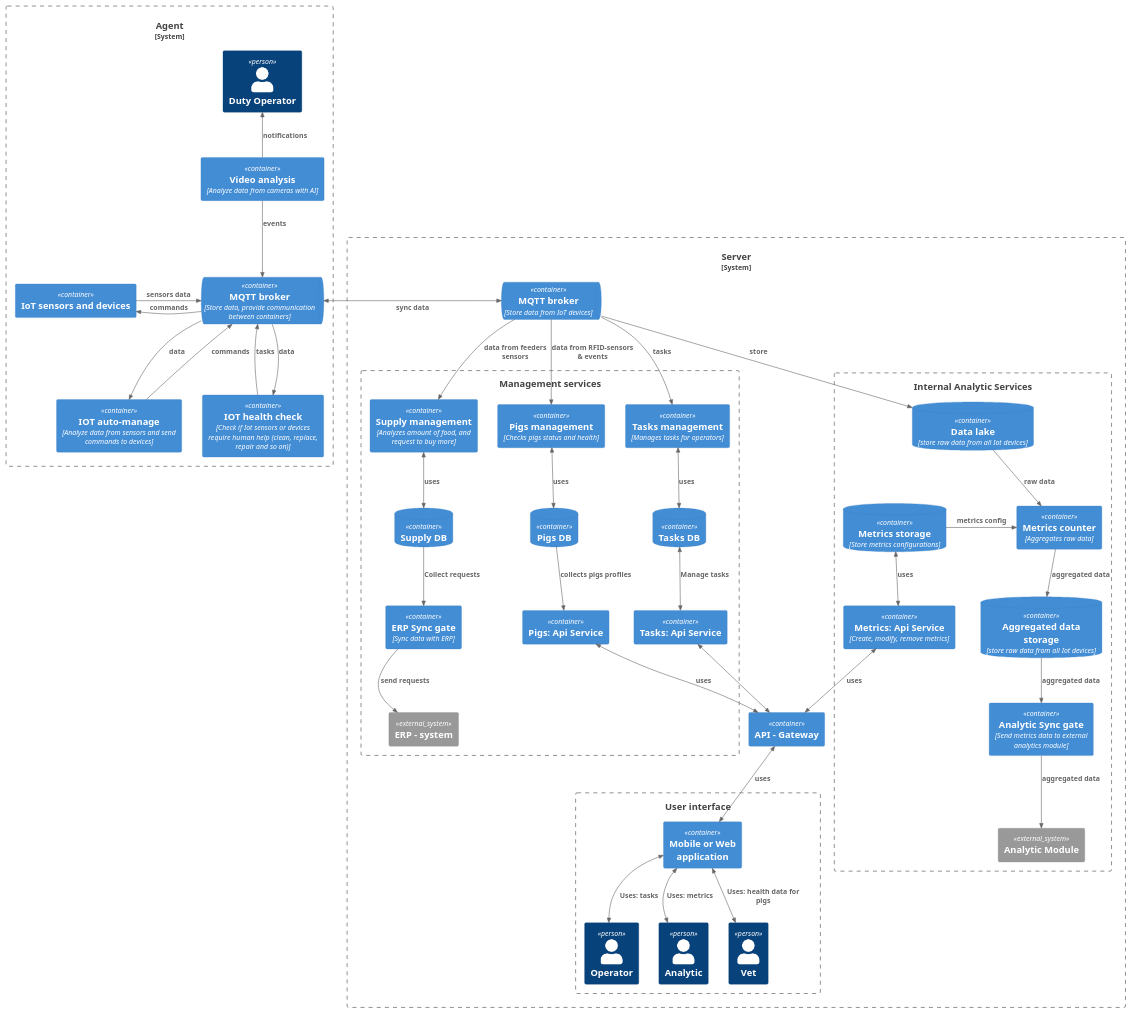
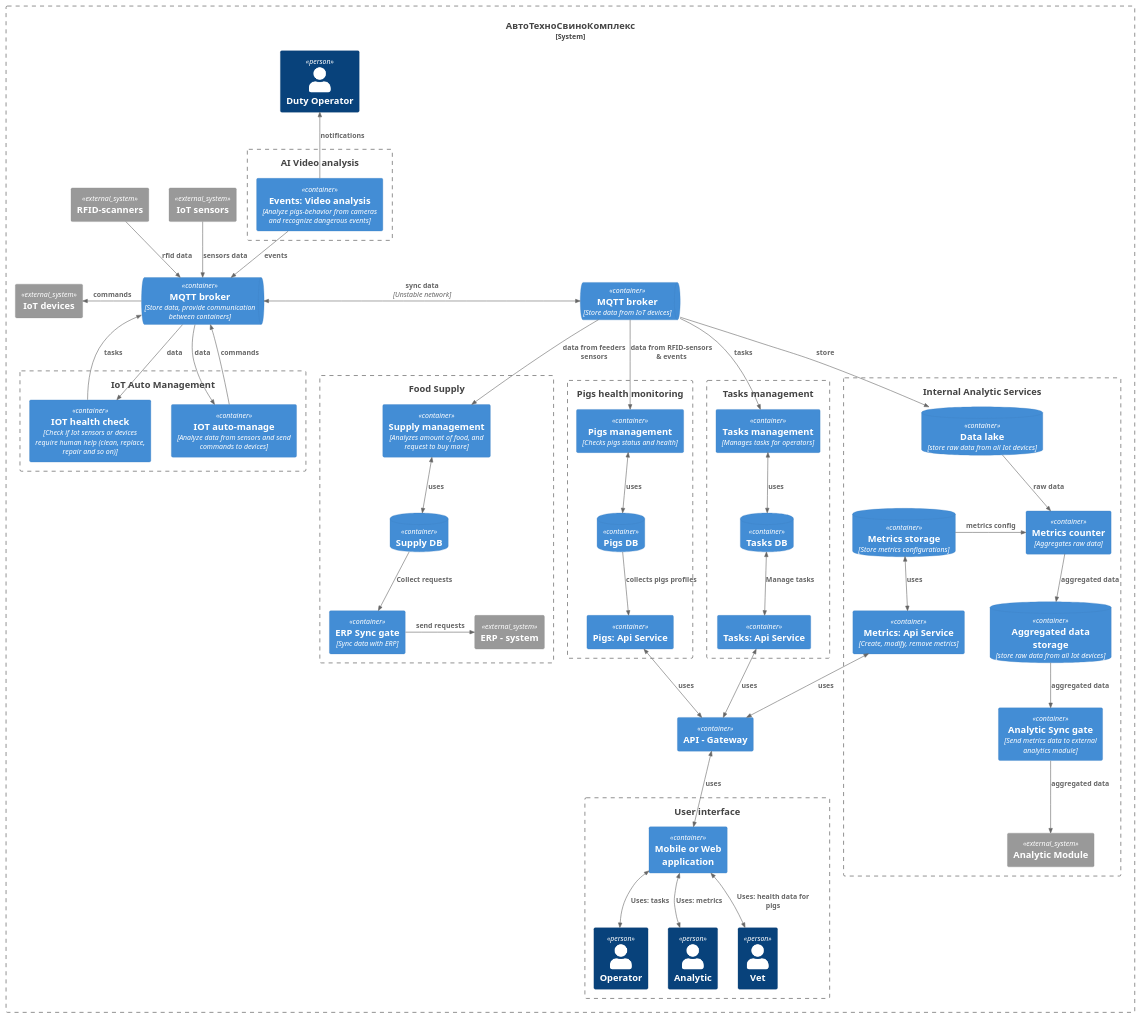
The diagram in Task2/ATCK_C4_Containers.puml (mirray/MSA-AgroTech), drawn with PlantUML before and after one commit. The commit also changed 1 other file, not shown here.

```diff
--- a/Task2/ATCK_C4_Containers.puml
+++ b/Task2/ATCK_C4_Containers.puml
@@ -1,91 +1,88 @@
 @startuml Архитектура_АвтоТехноСвиноКомплекс_v1
 !include <C4/C4_Container>
 
-System_Boundary(atck_agent, "Agent "){
+System_Boundary(atck, "АвтоТехноСвиноКомплекс "){
     Person(duty_operator, "Duty Operator")
     ContainerQueue(data_hub, "MQTT broker", "Store data, provide communication between containers")
-    Container(video, "Video analysis", "Analyze data from cameras with AI")
-    Rel(video, data_hub, "events")
-    Rel_U(video, duty_operator, "notifications")
-    
-    Container(iot, "IoT sensors and devices")
-    Rel_R(iot, data_hub, "sensors data")
-    Rel_L(data_hub, iot, "commands")
-    Container(iot_auto_management, "IOT auto-manage", "Analyze data from sensors and send commands to devices")
-    Rel(iot_auto_management, data_hub, "commands")
-    Rel(data_hub, iot_auto_management, "data")
-    Container(iot_health_check, "IOT health check", "Check if Iot sensors or devices require human help (clean, replace, repair and so on)")
-    Rel_U(iot_health_check, data_hub, "tasks")
-    Rel(data_hub, iot_health_check, "data")
-}
+    Boundary(video_b, "AI Video analysis"){
+        Container(video, "Events: Video analysis", "Analyze pigs-behavior from cameras and recognize dangerous events")
+        Rel(video, data_hub, "events")
+        Rel_U(video, duty_operator, "notifications")
+    }
+    Boundary(iot_b, "IoT Auto Management"){
+         Container(iot_auto_management, "IOT auto-manage", "Analyze data from sensors and send commands to devices")
+         Rel(iot_auto_management, data_hub, "commands")
+         Rel(data_hub, iot_auto_management, "data")
+         Container(iot_health_check, "IOT health check", "Check if Iot sensors or devices require human help (clean, replace, repair and so on)")
+         Rel_U(iot_health_check, data_hub, "tasks")
+         Rel(data_hub, iot_health_check, "data")
+    }
+    System_Ext(iot_sensors, "IoT sensors")
+    System_Ext(iot_devices, "IoT devices")
+    System_Ext(rfid_scanners, "RFID-scanners")
+    Rel_D(iot_sensors, data_hub, "sensors data")
+    Rel_D(rfid_scanners, data_hub, "rfid data")
+    Rel_L(data_hub, iot_devices, "commands")
 
-System_Boundary(atck_server, "Server"){
     ContainerQueue(data_hub_server, "MQTT broker", "Store data from IoT devices")
-    BiRel_R(data_hub, data_hub_server, "sync data")
-   
-    Boundary(internal_services, "Management services"){
+    BiRel_R(data_hub, data_hub_server, "sync data", "Unstable network")
+    Boundary(b_supply, "Food Supply"){
         Container(supply, "Supply management", "Analyzes amount of food, and request to buy more")
         Rel_D(data_hub_server, supply, "data from feeders sensors")
         ContainerDb(supply_db, "Supply DB")
         BiRel_D(supply, supply_db, "uses")
+        Container(erp_sync, "ERP Sync gate", "Sync data with ERP")
+        Rel_D(supply_db, erp_sync, "Collect requests")  
+        System_Ext(erp, "ERP - system")
+        Rel_R(erp_sync, erp, "send requests")
+    }
+    Boundary(b_pigs, "Pigs health monitoring"){
         Container(pigs, "Pigs management", "Checks pigs status and health")
         Rel_D(data_hub_server, pigs, "data from RFID-sensors & events")
         ContainerDb(pigs_db, "Pigs DB")
         BiRel_D(pigs, pigs_db, "uses")
         Container(pigs_api, "Pigs: Api Service")
-        Rel_D(pigs_db, pigs_api, "collects pigs profiles")       
+        Rel_D(pigs_db, pigs_api, "collects pigs profiles")
+    }
+    Boundary(internal_services, "Tasks management"){
         Container(tasks, "Tasks management", "Manages tasks for operators")
         Rel_D(data_hub_server, tasks, "tasks")
         ContainerDb(tasks_db, "Tasks DB")
         BiRel_D(tasks, tasks_db, "uses")
         Container(tasks_api, "Tasks: Api Service")
         BiRel_D(tasks_db, tasks_api, "Manage tasks")       
-        Container(erp_sync, "ERP Sync gate", "Sync data with ERP")
-        Rel_D(supply_db, erp_sync, "Collect requests")  
-        System_Ext(erp, "ERP - system")
-        Rel_D(erp_sync, erp, "send requests")
+        
     }
     Boundary(analysis_internal, "Internal Analytic Services"){
             Container(metrics_management, "Metrics: Api Service", "Create, modify, remove metrics")
             ContainerDb(metrics_management_db, "Metrics storage", "Store metrics configurations")
             BiRel_U(metrics_management, metrics_management_db, "uses")
             Container(analytic_module_sync, "Analytic Sync gate", "Send metrics data to external analytics module")   
             System_Ext(analytic_module, "Analytic Module") 
             Rel(analytic_module_sync, analytic_module ,"aggregated data")
             ContainerDb(analytic_db, "Data lake", "store raw data from all Iot devices")
             ContainerDb(analytic_db_metrics, "Aggregated data storage", "store raw data from all Iot devices")
             Rel_D(data_hub_server, analytic_db, "store")
             Container(metrics_service, "Metrics counter", "Aggregates raw data")                    
             Rel_D(analytic_db, metrics_service, "raw data")
             Rel_D(metrics_service, analytic_db_metrics, "aggregated data")
             Rel_R(metrics_management_db, metrics_service, "metrics config")            
             Rel_D(analytic_db_metrics, analytic_module_sync ,"aggregated data")
             
        }
-       
-        Container(api, "API - Gateway")       
-        BiRel_D(tasks_api, api, "")
-        BiRel_D(pigs_api, api, "uses")
-        BiRel_D(metrics_management, api, "uses")
-     Boundary(ui_b, "User interface"){       
+    Container(api, "API - Gateway")       
+    BiRel_D(tasks_api, api, "uses")
+    BiRel_D(pigs_api, api, "uses")
+    BiRel_D(metrics_management, api, "uses")
+    Boundary(ui_b, "User interface"){       
         Container(ui, "Mobile or Web application")
         Person(operator, "Operator")
         Person(analytic, "Analytic")
         Person(vet, "Vet")
         BiRel_D(ui, operator, "Uses: tasks")
         BiRel_D(ui, vet, "Uses: health data for pigs")
         BiRel_D(ui, analytic, "Uses: metrics")
         BiRel_D(api,ui, "uses")
-       } 
-    
-    
-    
-    
-    
+    } 
 }
-
-
-
-
-
 @enduml
```
